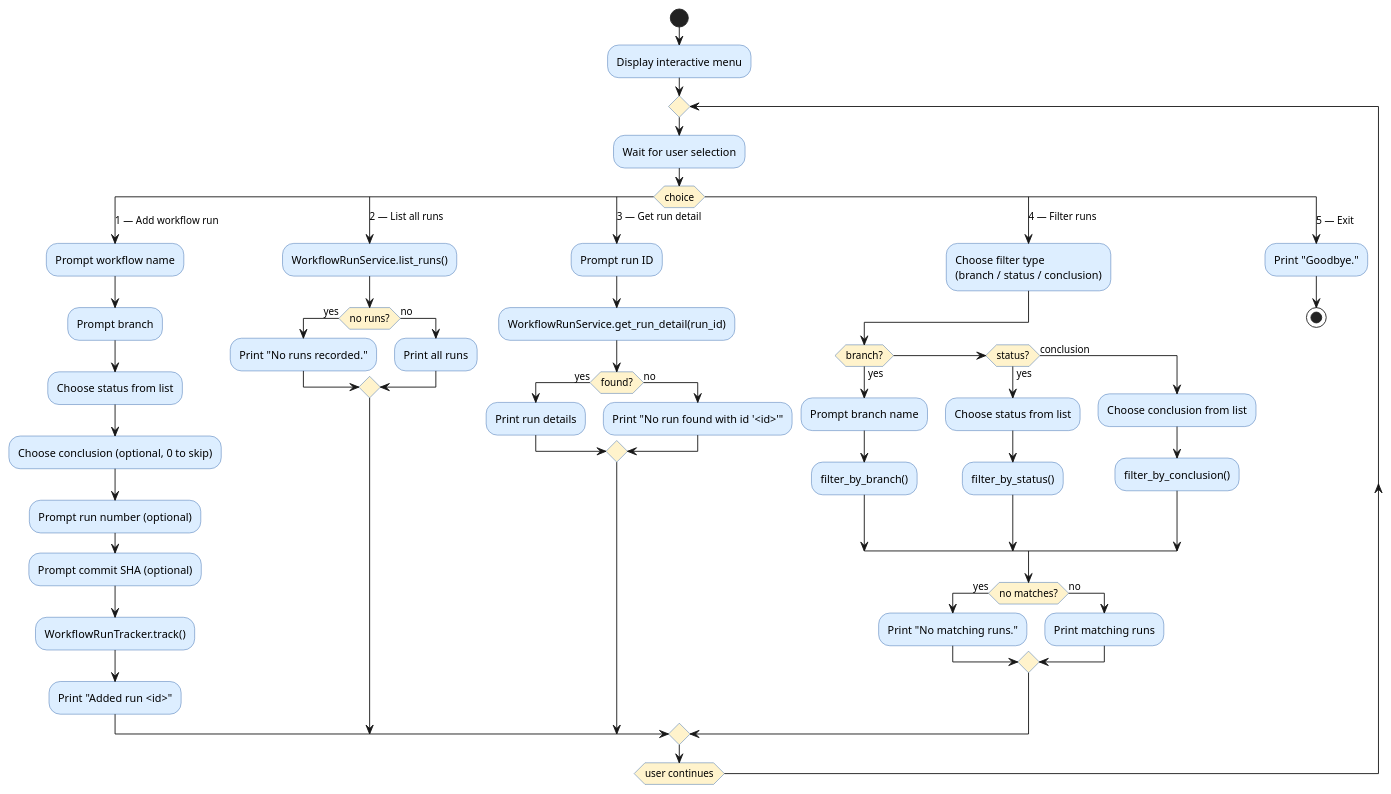
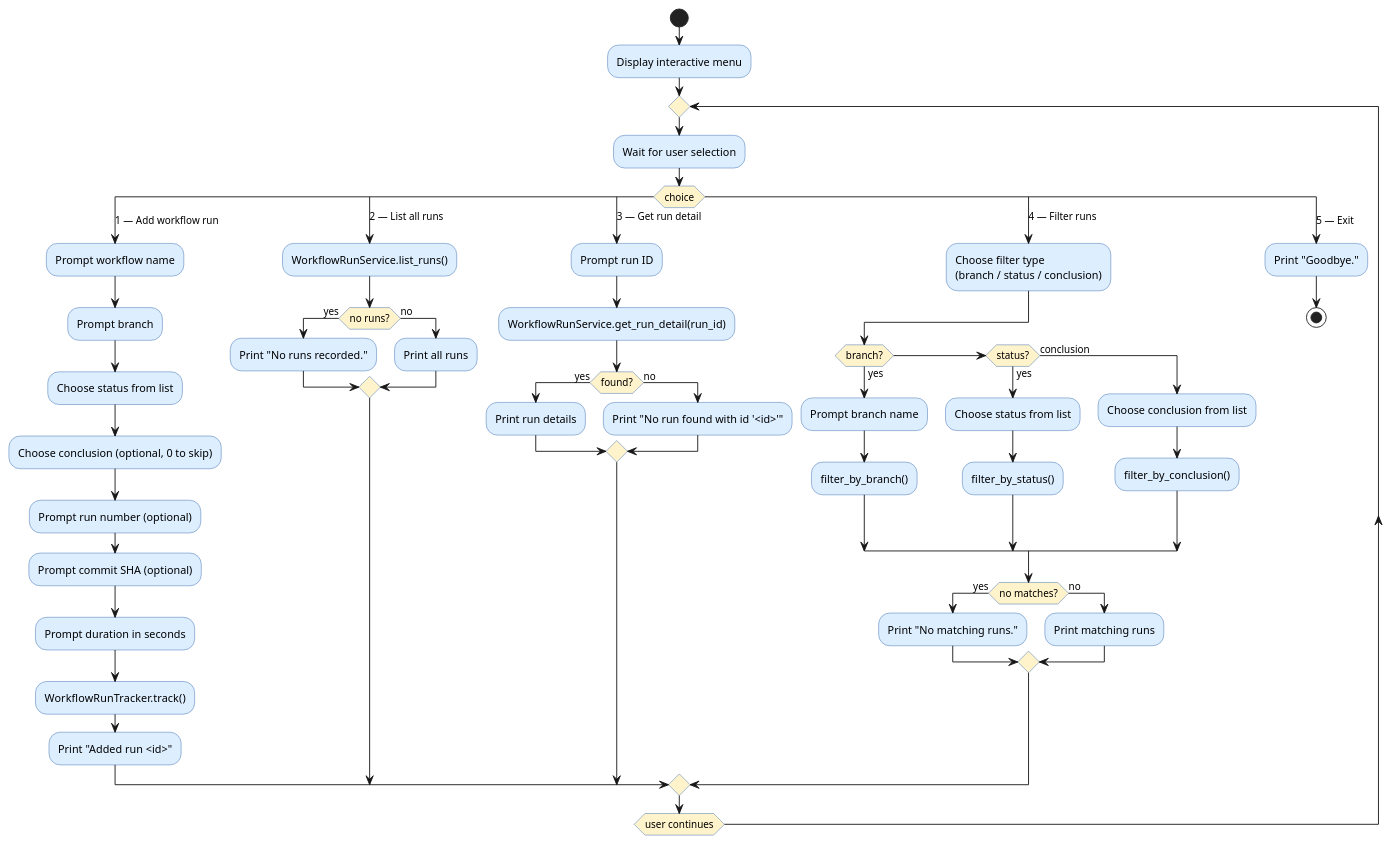
The diagram in experiments/pipeline/user_stories/github-workflow-manager/artifacts/activity_diagram_interactive.puml (DanielRiha8906/Software_autoevolution_using_agents), drawn with PlantUML before and after one commit. The commit also changed 9 other files, not shown here.

```diff
--- a/experiments/pipeline/user_stories/github-workflow-manager/artifacts/activity_diagram_interactive.puml
+++ b/experiments/pipeline/user_stories/github-workflow-manager/artifacts/activity_diagram_interactive.puml
@@ -1,70 +1,71 @@
 @startuml activity_diagram_interactive
 
 skinparam activityBackgroundColor #DDEEFF
 skinparam activityBorderColor     #3366AA
 skinparam activityDiamondBackgroundColor #FFF3CC
 
 start
 
 :Display interactive menu;
 
 repeat
 
   :Wait for user selection;
 
   switch (choice)
 
     case (1 — Add workflow run)
       :Prompt workflow name;
       :Prompt branch;
       :Choose status from list;
       :Choose conclusion (optional, 0 to skip);
       :Prompt run number (optional);
       :Prompt commit SHA (optional);
+      :Prompt duration in seconds;
       :WorkflowRunTracker.track();
       :Print "Added run <id>";
 
     case (2 — List all runs)
       :WorkflowRunService.list_runs();
       if (no runs?) then (yes)
         :Print "No runs recorded.";
       else (no)
         :Print all runs;
       endif
 
     case (3 — Get run detail)
       :Prompt run ID;
       :WorkflowRunService.get_run_detail(run_id);
       if (found?) then (yes)
         :Print run details;
       else (no)
         :Print "No run found with id '<id>'";
       endif
 
     case (4 — Filter runs)
       :Choose filter type\n(branch / status / conclusion);
       if (branch?) then (yes)
         :Prompt branch name;
         :filter_by_branch();
       elseif (status?) then (yes)
         :Choose status from list;
         :filter_by_status();
       else (conclusion)
         :Choose conclusion from list;
         :filter_by_conclusion();
       endif
       if (no matches?) then (yes)
         :Print "No matching runs.";
       else (no)
         :Print matching runs;
       endif
 
     case (5 — Exit)
       :Print "Goodbye.";
       stop
 
   endswitch
 
 repeat while (user continues)
 
 @enduml
```
